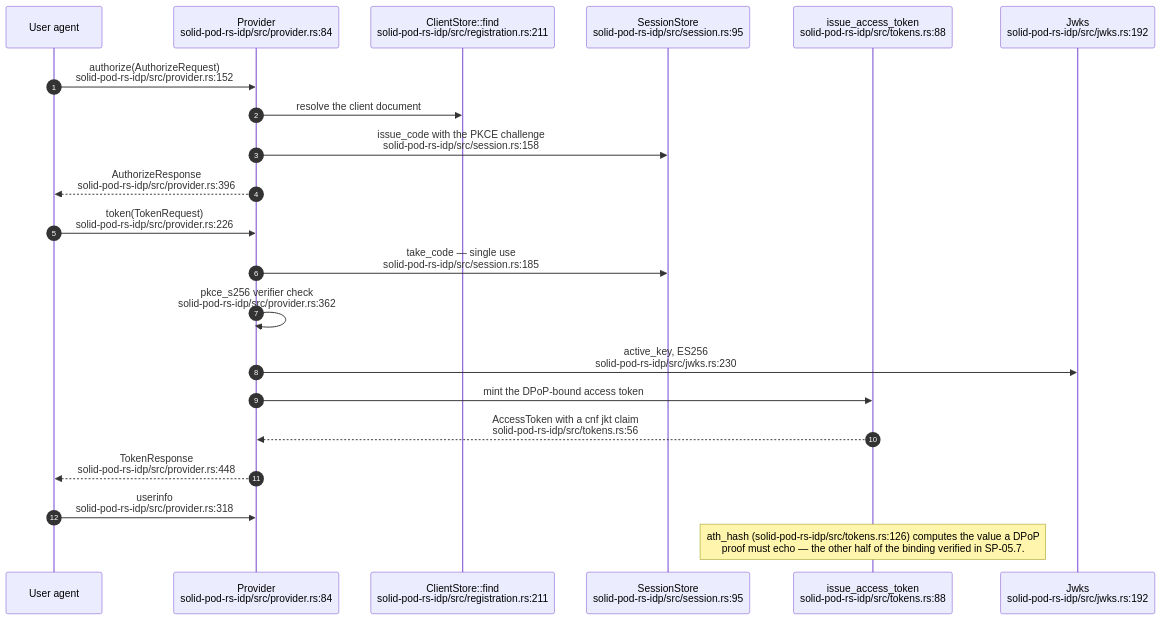
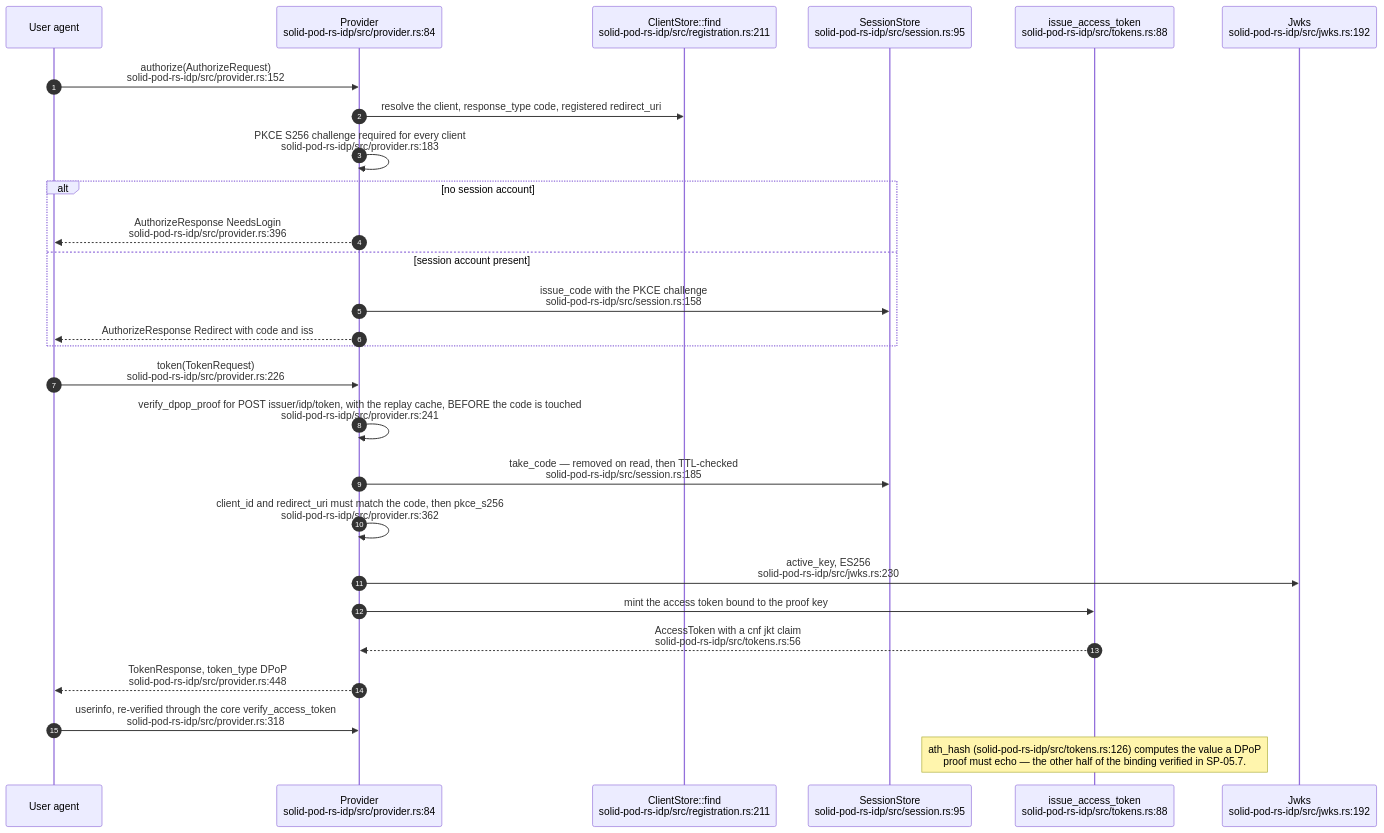
One commit to DreamLab-AI/VisionFlow changed diagram 13 of 18 in docs/diagrams/solid-pod-rs/05-identity-nip98-did-oidc.md. Above: the diagram before and after it, drawn with Mermaid. The commit also changed other lines of this file and 47 other files, not shown here.

````diff
--- a/docs/diagrams/solid-pod-rs/05-identity-nip98-did-oidc.md
+++ b/docs/diagrams/solid-pod-rs/05-identity-nip98-did-oidc.md
@@ -387,24 +407,30 @@
 ```mermaid
 sequenceDiagram
     autonumber
     participant U as User agent
     participant P as Provider<br/>solid-pod-rs-idp/src/provider.rs:84
     participant CS as ClientStore::find<br/>solid-pod-rs-idp/src/registration.rs:211
     participant SS as SessionStore<br/>solid-pod-rs-idp/src/session.rs:95
     participant T as issue_access_token<br/>solid-pod-rs-idp/src/tokens.rs:88
     participant J as Jwks<br/>solid-pod-rs-idp/src/jwks.rs:192
 
     U->>P: authorize(AuthorizeRequest)<br/>solid-pod-rs-idp/src/provider.rs:152
-    P->>CS: resolve the client document
-    P->>SS: issue_code with the PKCE challenge<br/>solid-pod-rs-idp/src/session.rs:158
-    P-->>U: AuthorizeResponse<br/>solid-pod-rs-idp/src/provider.rs:396
+    P->>CS: resolve the client, response_type code, registered redirect_uri
+    P->>P: PKCE S256 challenge required for every client<br/>solid-pod-rs-idp/src/provider.rs:183
+    alt no session account
+        P-->>U: AuthorizeResponse NeedsLogin<br/>solid-pod-rs-idp/src/provider.rs:396
+    else session account present
+        P->>SS: issue_code with the PKCE challenge<br/>solid-pod-rs-idp/src/session.rs:158
+        P-->>U: AuthorizeResponse Redirect with code and iss
+    end
     U->>P: token(TokenRequest)<br/>solid-pod-rs-idp/src/provider.rs:226
-    P->>SS: take_code — single use<br/>solid-pod-rs-idp/src/session.rs:185
-    P->>P: pkce_s256 verifier check<br/>solid-pod-rs-idp/src/provider.rs:362
+    P->>P: verify_dpop_proof for POST issuer/idp/token, with the replay cache, BEFORE the code is touched<br/>solid-pod-rs-idp/src/provider.rs:241
+    P->>SS: take_code — removed on read, then TTL-checked<br/>solid-pod-rs-idp/src/session.rs:185
+    P->>P: client_id and redirect_uri must match the code, then pkce_s256<br/>solid-pod-rs-idp/src/provider.rs:362
     P->>J: active_key, ES256<br/>solid-pod-rs-idp/src/jwks.rs:230
-    P->>T: mint the DPoP-bound access token
+    P->>T: mint the access token bound to the proof key
     T-->>P: AccessToken with a cnf jkt claim<br/>solid-pod-rs-idp/src/tokens.rs:56
-    P-->>U: TokenResponse<br/>solid-pod-rs-idp/src/provider.rs:448
-    U->>P: userinfo<br/>solid-pod-rs-idp/src/provider.rs:318
+    P-->>U: TokenResponse, token_type DPoP<br/>solid-pod-rs-idp/src/provider.rs:448
+    U->>P: userinfo, re-verified through the core verify_access_token<br/>solid-pod-rs-idp/src/provider.rs:318
     Note over T: ath_hash (solid-pod-rs-idp/src/tokens.rs:126) computes the value a DPoP<br/>proof must echo — the other half of the binding verified in SP-05.7.
 ```
````
